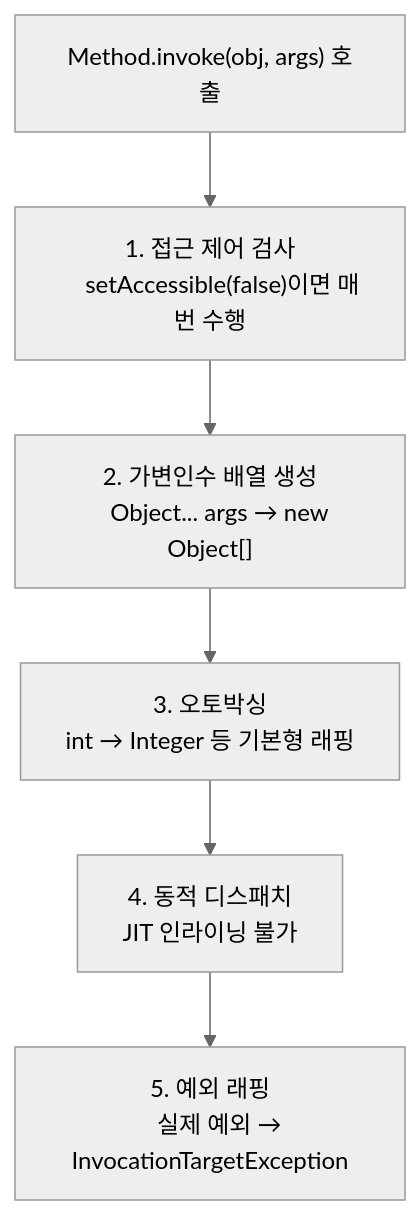
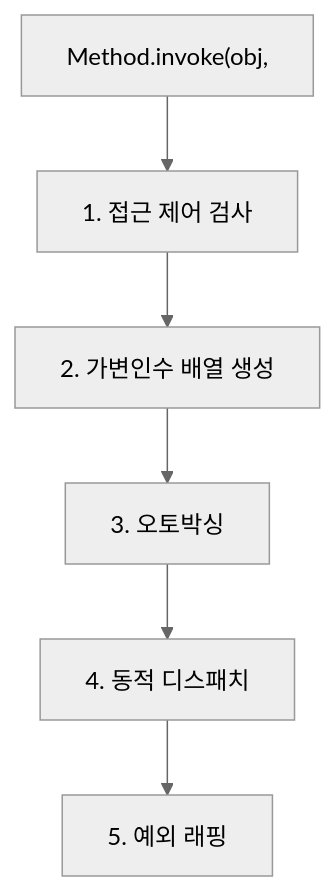
The second of 4 diagrams in _posts/java/2026-05-01-java-reflection.md (yjkim2015/yjkim2015.github.io), drawn with Mermaid (neutral theme) before and after one commit. The commit also changed other lines of this file and 271 other files, not shown here.

First line of the commit message:
Mermaid 라벨 축소: 긴 노드 텍스트 18자 이하로 트림 + \n 제거

````diff
--- a/_posts/java/2026-05-01-java-reflection.md
+++ b/_posts/java/2026-05-01-java-reflection.md
@@ -553,15 +553,10 @@
 ```mermaid
 graph TD
-    INVOKE["Method.invoke(obj, args) 호출"]
-    CHECK["1. 접근 제어 검사
-    setAccessible(false)이면 매번 수행"]
-    ARRAY["2. 가변인수 배열 생성
-    Object... args → new Object[]"]
-    BOX["3. 오토박싱
-    int → Integer 등 기본형 래핑"]
-    DISPATCH["4. 동적 디스패치
-    JIT 인라이닝 불가"]
-    WRAP["5. 예외 래핑
-    실제 예외 → InvocationTargetException"]
+    INVOKE["Method.invoke(obj,"]
+    CHECK["1. 접근 제어 검사"]
+    ARRAY["2. 가변인수 배열 생성"]
+    BOX["3. 오토박싱"]
+    DISPATCH["4. 동적 디스패치"]
+    WRAP["5. 예외 래핑"]
     INVOKE --> CHECK --> ARRAY --> BOX --> DISPATCH --> WRAP
 ```
````
